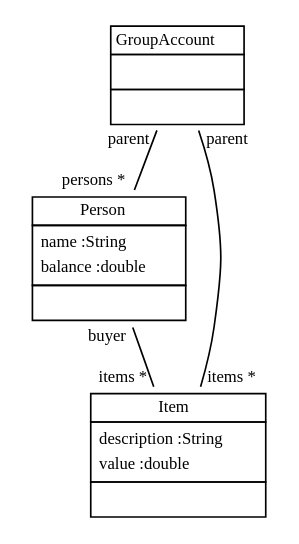
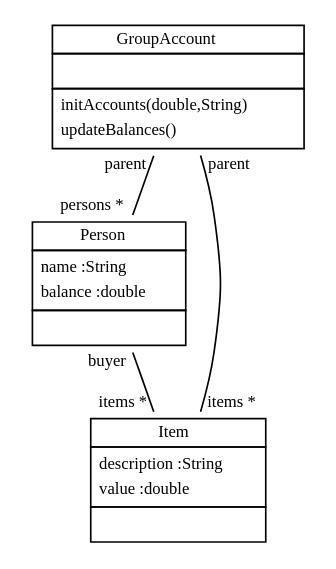
One commit to fujaba/SDMLib changed the diagram in doc/GroupAccountClassDiag01.dot. Above: the diagram before and after it, drawn with Graphviz. The commit also changed 61 other files, not shown here.

```diff
--- a/doc/GroupAccountClassDiag01.dot
+++ b/doc/GroupAccountClassDiag01.dot
@@ -1,16 +1,16 @@
 
  digraph ClassDiagram {
     node [shape = none, fontsize = 10]; 
     edge [fontsize = 10];
     
     
-    GroupAccount [label=<<table border='0' cellborder='1' cellspacing='0'> <tr> <td>GroupAccount</td> </tr> <tr><td><table border='0' cellborder='0' cellspacing='0'> <tr><td> </td></tr> </table></td></tr> <tr><td><table border='0' cellborder='0' cellspacing='0'> <tr><td> </td></tr> </table></td></tr> </table>>];
+    GroupAccount [label=<<table border='0' cellborder='1' cellspacing='0'> <tr> <td>GroupAccount</td> </tr> <tr><td><table border='0' cellborder='0' cellspacing='0'> <tr><td> </td></tr> </table></td></tr> <tr><td><table border='0' cellborder='0' cellspacing='0'> <tr><td align='left'>initAccounts(double,String)</td></tr> <tr><td align='left'>updateBalances()</td></tr>  </table></td></tr> </table>>];
     Person [label=<<table border='0' cellborder='1' cellspacing='0'> <tr> <td>Person</td> </tr> <tr><td><table border='0' cellborder='0' cellspacing='0'> <tr><td align='left'>name :String</td></tr> <tr><td align='left'>balance :double</td></tr>  </table></td></tr> <tr><td><table border='0' cellborder='0' cellspacing='0'> <tr><td> </td></tr> </table></td></tr> </table>>];
     Item [label=<<table border='0' cellborder='1' cellspacing='0'> <tr> <td>Item</td> </tr> <tr><td><table border='0' cellborder='0' cellspacing='0'> <tr><td align='left'>description :String</td></tr> <tr><td align='left'>value :double</td></tr>  </table></td></tr> <tr><td><table border='0' cellborder='0' cellspacing='0'> <tr><td> </td></tr> </table></td></tr> </table>>];
     
     
     
     GroupAccount -> Person [headlabel = "persons *" taillabel = "parent" arrowhead = "none" ];
     GroupAccount -> Item [headlabel = "items *" taillabel = "parent" arrowhead = "none" ];
     Person -> Item [headlabel = "items *" taillabel = "buyer" arrowhead = "none" ];
 }
```
